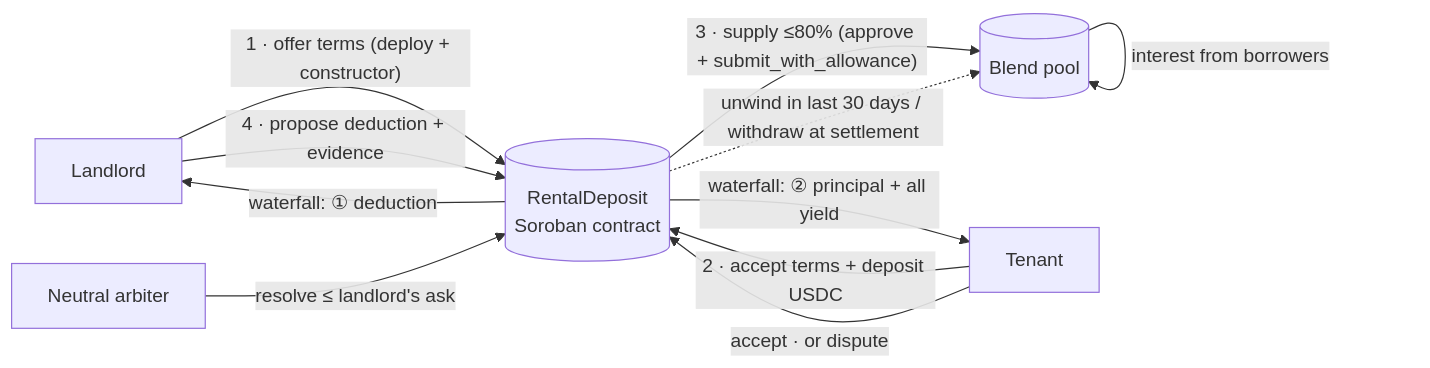
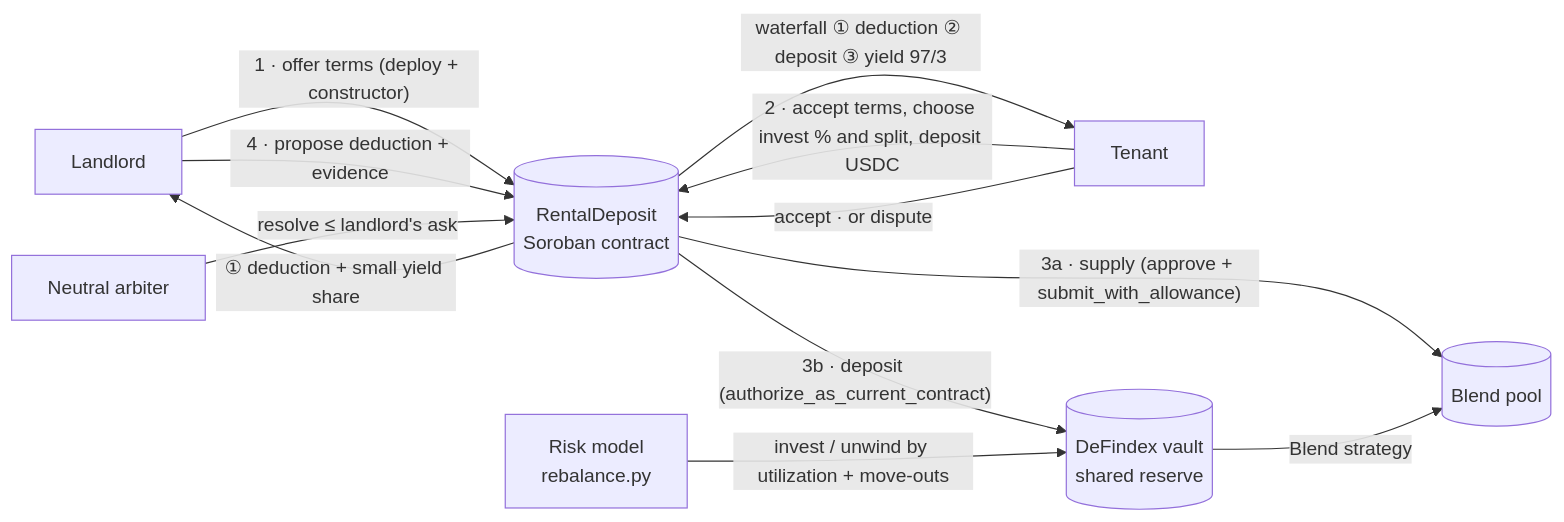
Before and after one commit to ddortabencomo/yield-bearing-rental-deposit: the diagram in README.md, drawn with Mermaid. The commit also changed other lines of this file and 5 other files, not shown here.

Commit message:
Landlord yield share (3% default, max 5%); constructor fits SDK arg limit; tenant entry page; README and landing; 44 tests

````diff
--- a/README.md
+++ b/README.md
@@ -32,13 +36,14 @@
 ```mermaid
 flowchart LR
     L[Landlord] -- "1 · offer terms (deploy + constructor)" --> C[(RentalDeposit<br/>Soroban contract)]
-    T[Tenant] -- "2 · accept terms + deposit USDC" --> C
-    C -- "3 · supply ≤80% (approve + submit_with_allowance)" --> B[(Blend pool)]
-    B -- "interest from borrowers" --> B
-    C -. "unwind in last 30 days / withdraw at settlement" .-> B
+    T[Tenant] -- "2 · accept terms, choose invest % and split, deposit USDC" --> C
+    C -- "3a · supply (approve + submit_with_allowance)" --> B[(Blend pool)]
+    C -- "3b · deposit (authorize_as_current_contract)" --> V[(DeFindex vault<br/>shared reserve)]
+    R[Risk model<br/>rebalance.py] -- "invest / unwind by utilization + move-outs" --> V
+    V -- "Blend strategy" --> B
     L -- "4 · propose deduction + evidence" --> C
     T -- "accept · or dispute" --> C
     A[Neutral arbiter] -- "resolve ≤ landlord's ask" --> C
-    C -- "waterfall: ① deduction" --> L
-    C -- "waterfall: ② principal + all yield" --> T
+    C -- "waterfall ① deduction ② deposit ③ yield 97/3" --> T
+    C -- "① deduction + small yield share" --> L
 ```
````
